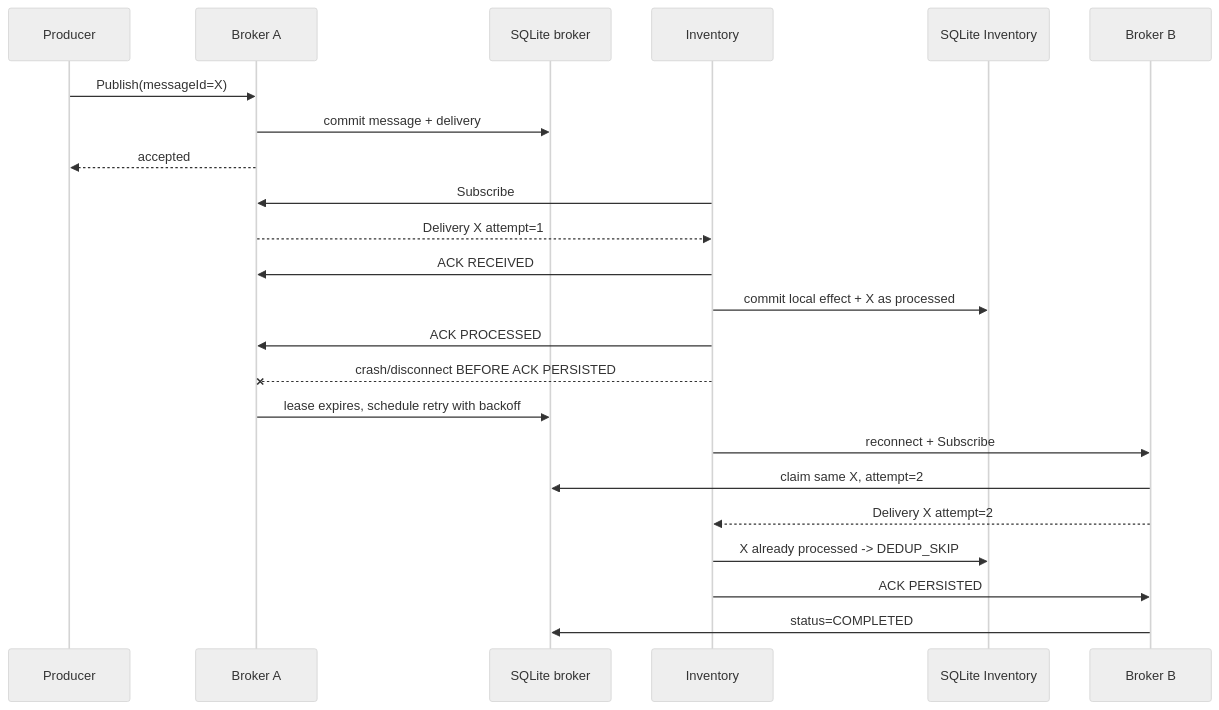
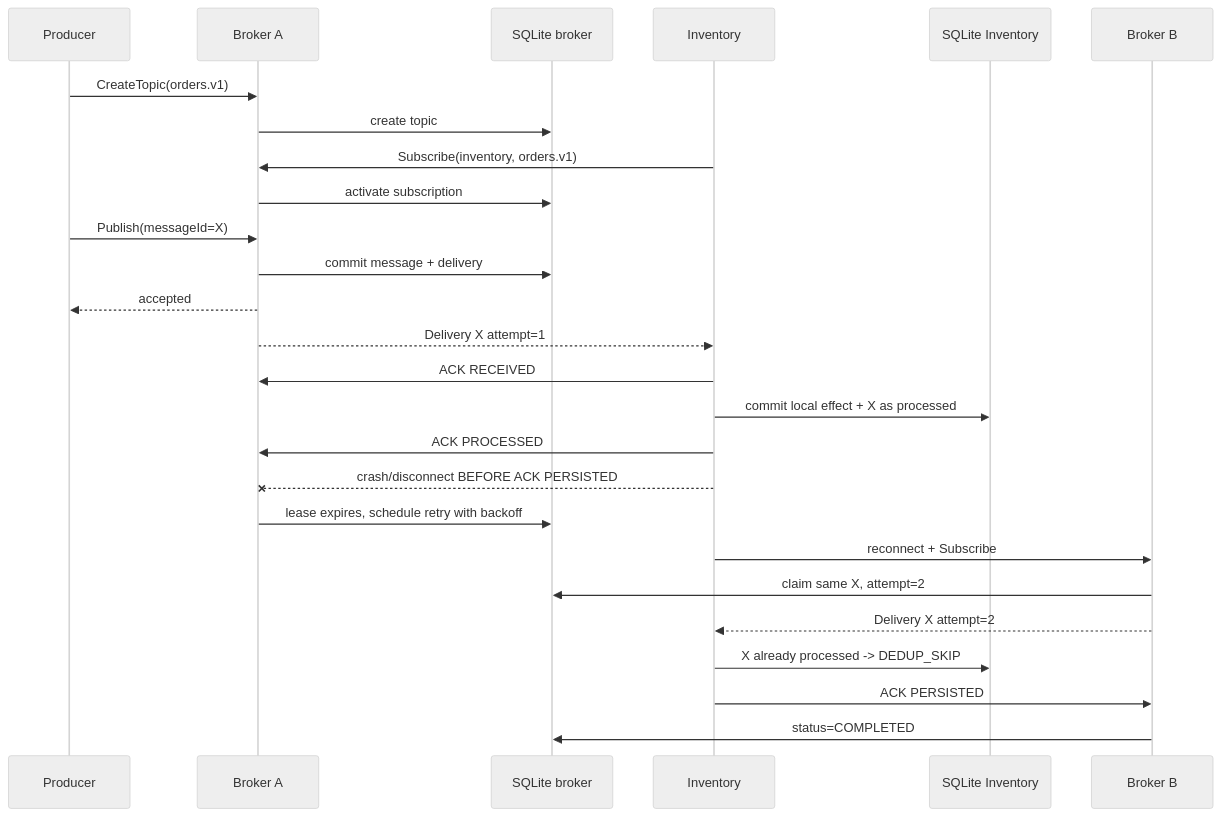
Before and after one commit to Andriana20035/pad-proiect: the diagram in lab2-rpc-grpc-java/docs/diagrams/sequence-failure.mmd, drawn with Mermaid (neutral theme). The commit also changed 44 other files, not shown here.

```diff
--- a/lab2-rpc-grpc-java/docs/diagrams/sequence-failure.mmd
+++ b/lab2-rpc-grpc-java/docs/diagrams/sequence-failure.mmd
@@ -1,24 +1,27 @@
 sequenceDiagram
     participant P as Producer
     participant BA as Broker A
     participant DB as SQLite broker
     participant I as Inventory
     participant IDB as SQLite Inventory
     participant BB as Broker B
 
+    P->>BA: CreateTopic(orders.v1)
+    BA->>DB: create topic
+    I->>BA: Subscribe(inventory, orders.v1)
+    BA->>DB: activate subscription
     P->>BA: Publish(messageId=X)
     BA->>DB: commit message + delivery
     BA-->>P: accepted
-    I->>BA: Subscribe
     BA-->>I: Delivery X attempt=1
     I->>BA: ACK RECEIVED
     I->>IDB: commit local effect + X as processed
     I->>BA: ACK PROCESSED
     I--xBA: crash/disconnect BEFORE ACK PERSISTED
     BA->>DB: lease expires, schedule retry with backoff
     I->>BB: reconnect + Subscribe
     BB->>DB: claim same X, attempt=2
     BB-->>I: Delivery X attempt=2
     I->>IDB: X already processed -> DEDUP_SKIP
     I->>BB: ACK PERSISTED
     BB->>DB: status=COMPLETED
```
